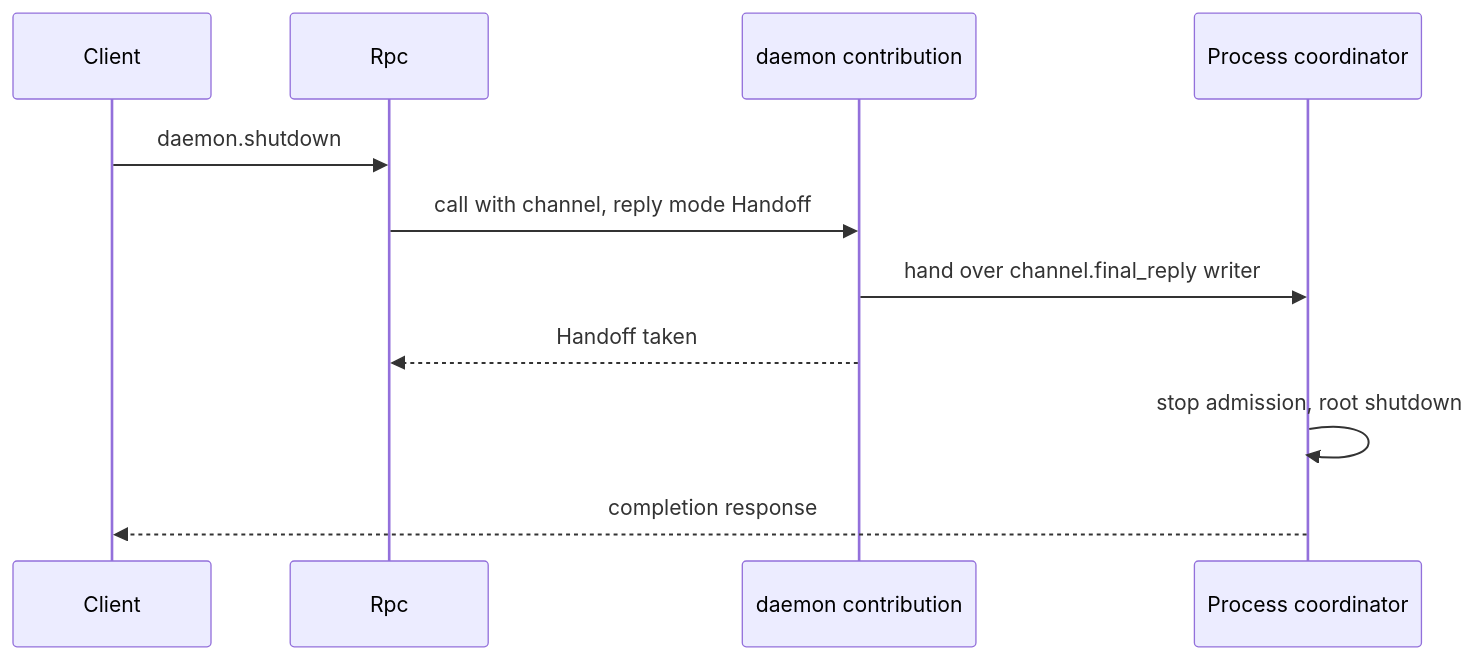
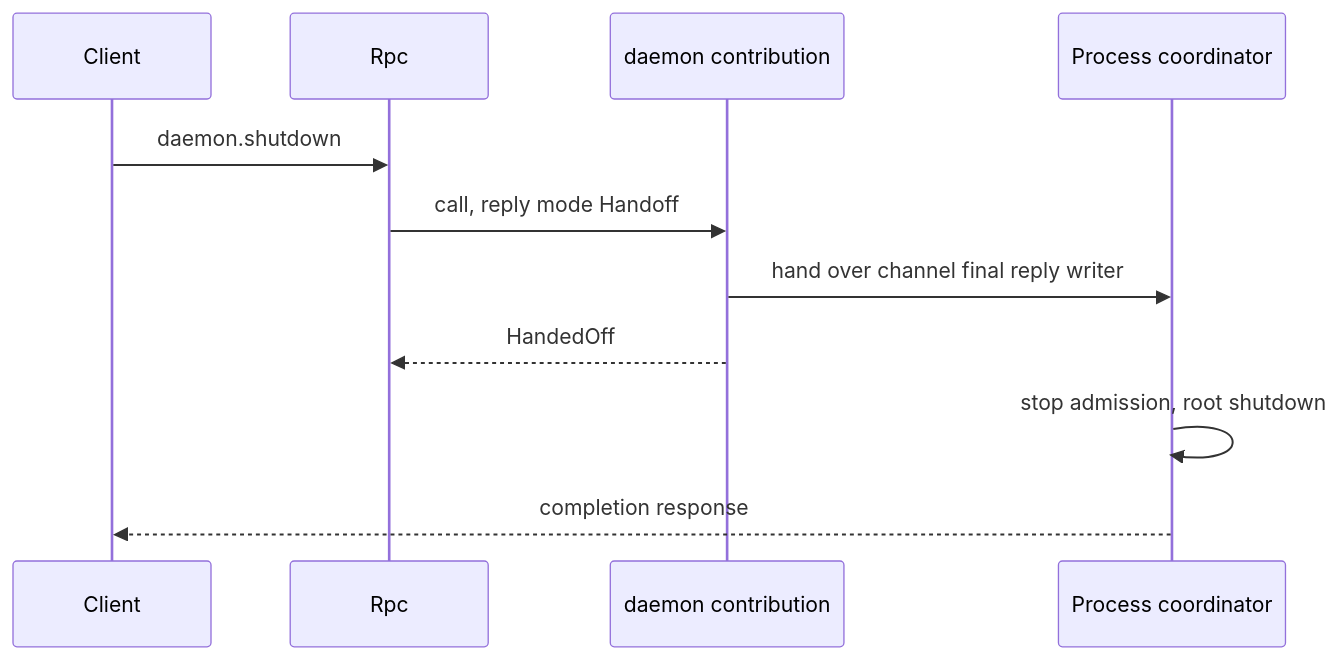
Before and after one commit to CoutinhoTTS/dim-agent: the fifth of 5 diagrams in docs/design/plugins/Management.md, drawn with Mermaid. The commit also changed other lines of this file and 3 other files, not shown here.

````diff
--- a/docs/design/plugins/Management.md
+++ b/docs/design/plugins/Management.md
@@ -142,13 +102,13 @@
 ```mermaid
 sequenceDiagram
   participant C as Client
   participant R as Rpc
   participant D as daemon contribution
   participant K as Process coordinator
   C->>R: daemon.shutdown
-  R->>D: call with channel, reply mode Handoff
-  D->>K: hand over channel.final_reply writer
-  D-->>R: Handoff taken
+  R->>D: call, reply mode Handoff
+  D->>K: hand over channel final reply writer
+  D-->>R: HandedOff
   K->>K: stop admission, root shutdown
   K-->>C: completion response
 ```
````
